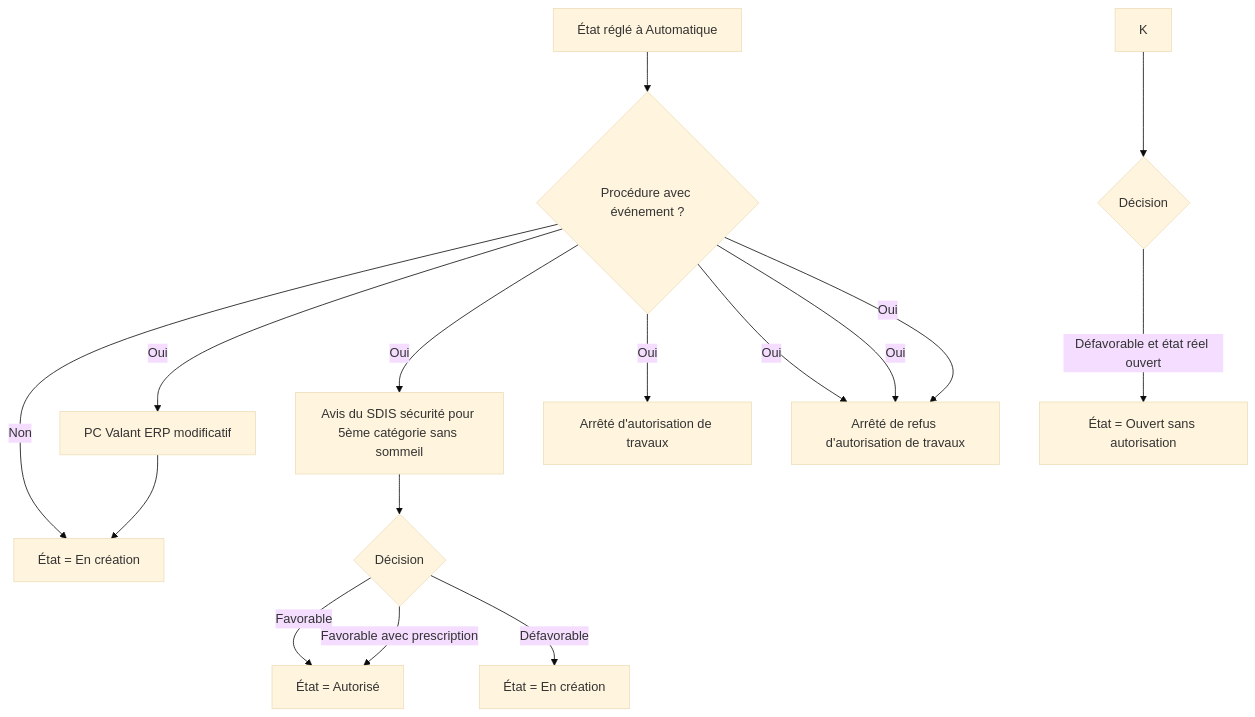
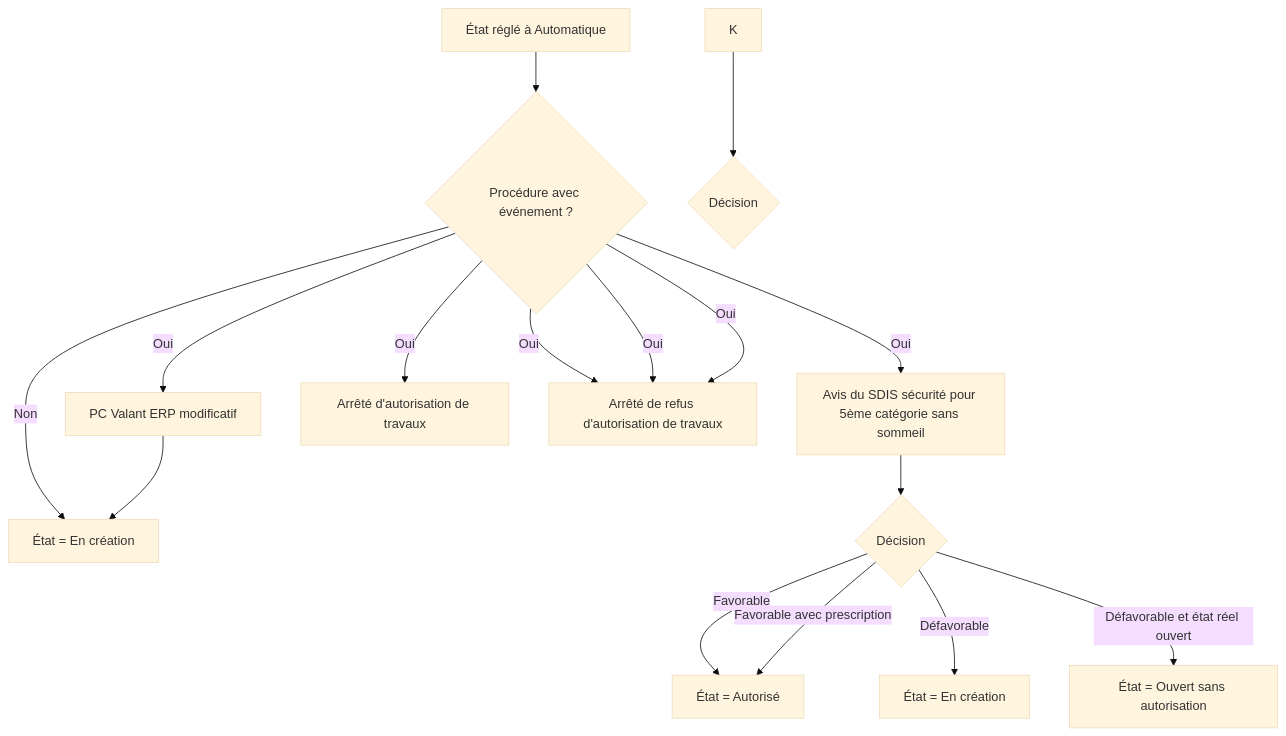
The third of 3 diagrams in doc/doc_fonc_bd_erp.md (sigagglocompiegne/erp), drawn with Mermaid (base theme) before and after one commit.

````diff
--- a/doc/doc_fonc_bd_erp.md
+++ b/doc/doc_fonc_bd_erp.md
@@ -59,17 +59,17 @@
 ```mermaid
 flowchart TD
     A[État réglé à Automatique] --> B{Procédure avec événement ?}
     B -->|Non| C[État = En création]
     B -->|Oui| D[PC Valant ERP modificatif] --> C
     B -->|Oui| E[Avis du SDIS sécurité pour 5ème catégorie sans sommeil]
     E --> F{Décision}
     F -->|Favorable| G[État = Autorisé]
     F -->|Favorable avec prescription| G
     F -->|Défavorable| H[État = En création]
     B -->|Oui| I[Arrêté d'autorisation de travaux]
     B -->|Oui| J[Avis du SDIS sécurité pour 5ème catégorie sans sommeil ou Arrêté de refus d'autorisation de travaux ou Arrêté de fermeture administrative provisoire]
     K --> L{Décision}
-    L -->|Défavorable et état réel ouvert| M[État = Ouvert sans autorisation]
+    F -->|Défavorable et état réel ouvert| M[État = Ouvert sans autorisation]
     B -->|Oui| J[Arrêté de refus d'autorisation de travaux]
     B -->|Oui| J[Arrêté de refus d'autorisation de travaux]
 ```
````
